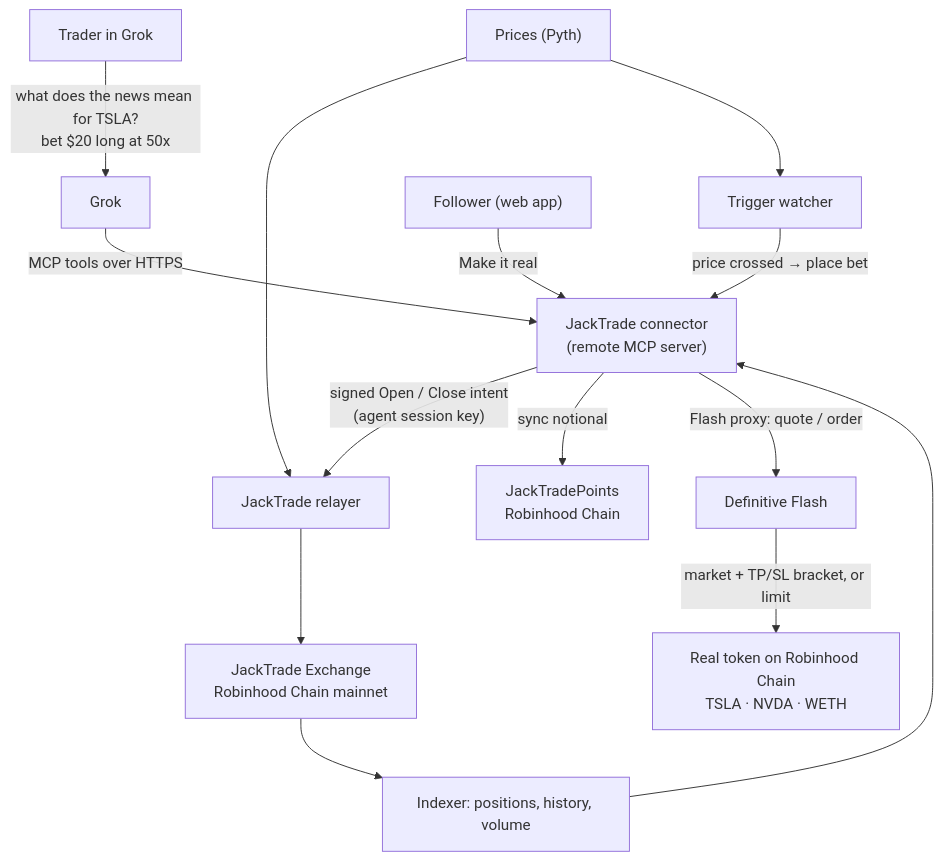
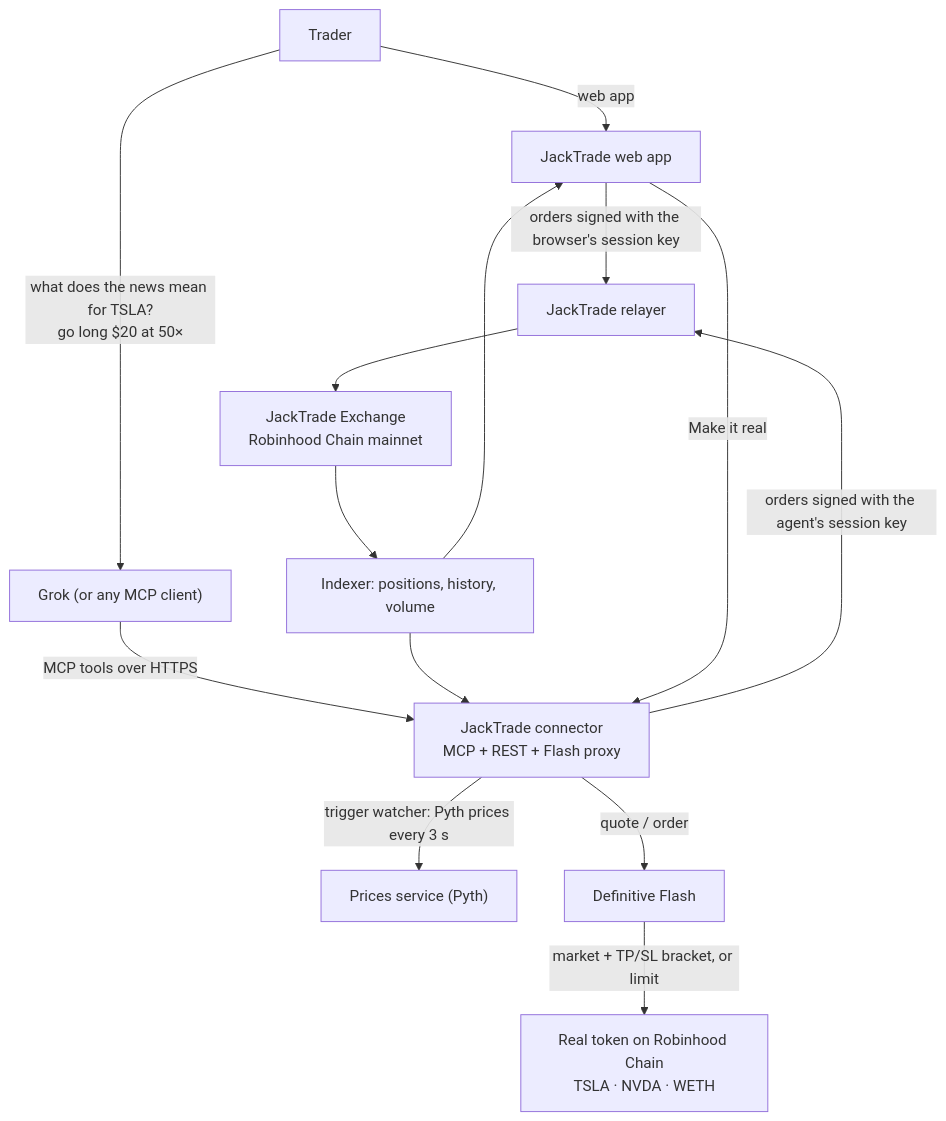
Before and after one commit to 0xYudhishthra/jacktrade: the first of 2 diagrams in README.md, drawn with Mermaid. The commit also changed other lines of this file and 6 other files, not shown here.

````diff
--- a/README.md
+++ b/README.md
@@ -68,16 +87,16 @@
 ```mermaid
 flowchart TB
-    USER["Trader in Grok"] -->|"what does the news mean for TSLA?<br/>bet $20 long at 50x"| GROK["Grok"]
-    GROK -->|"MCP tools over HTTPS"| CONN["JackTrade connector<br/>(remote MCP server)"]
-    CONN -->|"signed Open / Close intent<br/>(agent session key)"| RELAYER["JackTrade relayer"]
+    TRADER["Trader"] -->|"web app"| WEB["JackTrade web app"]
+    TRADER -->|"what does the news mean for TSLA?<br/>go long $20 at 50×"| GROK["Grok (or any MCP client)"]
+    GROK -->|"MCP tools over HTTPS"| CONN["JackTrade connector<br/>MCP + REST + Flash proxy"]
+    WEB -->|"orders signed with the browser's session key"| RELAYER["JackTrade relayer"]
+    CONN -->|"orders signed with the agent's session key"| RELAYER
+    CONN -->|"trigger watcher: Pyth prices every 3 s"| PRICES["Prices service (Pyth)"]
     RELAYER --> EXCHANGE["JackTrade Exchange<br/>Robinhood Chain mainnet"]
     EXCHANGE --> INDEXER["Indexer: positions, history, volume"]
+    INDEXER --> WEB
     INDEXER --> CONN
-    PRICES["Prices (Pyth)"] --> RELAYER
-    PRICES --> WATCH["Trigger watcher"]
-    WATCH -->|"price crossed → place bet"| CONN
-    CONN -->|"sync notional"| POINTS["JackTradePoints<br/>Robinhood Chain"]
-    FOLLOWER["Follower (web app)"] -->|"Make it real"| CONN
-    CONN -->|"Flash proxy: quote / order"| FLASH["Definitive Flash"]
+    WEB -->|"Make it real"| CONN
+    CONN -->|"quote / order"| FLASH["Definitive Flash"]
     FLASH -->|"market + TP/SL bracket, or limit"| TOKEN["Real token on Robinhood Chain<br/>TSLA · NVDA · WETH"]
 ```
````
